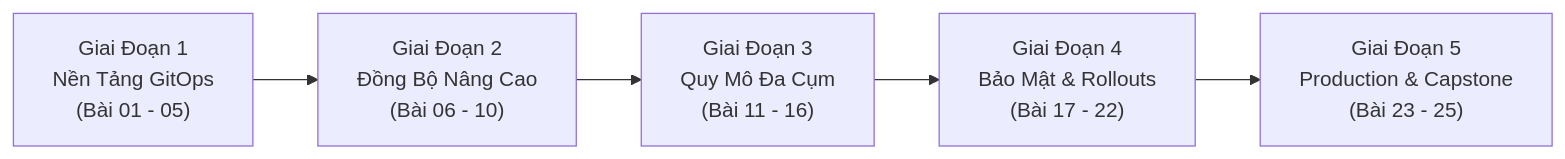
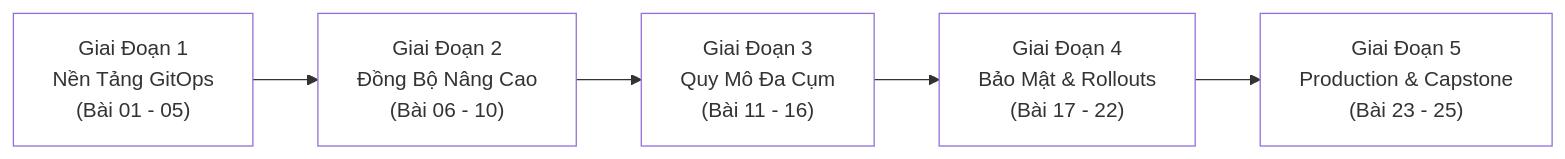
Before and after one commit to kiennt308/ntk: the second of 2 diagrams in _posts/2026-09-12-argocd-25-25-tong-hop-cau-hoi-phong-van-argo-cd-gitops-chuyen-sau-24-buoi.md, drawn with Mermaid. The commit also changed other lines of this file and 24 other files, not shown here.

````diff
--- a/_posts/2026-09-12-argocd-25-25-tong-hop-cau-hoi-phong-van-argo-cd-gitops-chuyen-sau-24-buoi.md
+++ b/_posts/2026-09-12-argocd-25-25-tong-hop-cau-hoi-phong-van-argo-cd-gitops-chuyen-sau-24-buoi.md
@@ -1154,12 +1549,16 @@
 ```mermaid
 flowchart LR
     G1["Giai Đoạn 1<br/>Nền Tảng GitOps<br/>(Bài 01 - 05)"]
     G2["Giai Đoạn 2<br/>Đồng Bộ Nâng Cao<br/>(Bài 06 - 10)"]
     G3["Giai Đoạn 3<br/>Quy Mô Đa Cụm<br/>(Bài 11 - 16)"]
     G4["Giai Đoạn 4<br/>Bảo Mật & Rollouts<br/>(Bài 17 - 22)"]
     G5["Giai Đoạn 5<br/>Production & Capstone<br/>(Bài 23 - 25)"]
 
     G1 --> G2 --> G3 --> G4 --> G5
 
-
+    style G1 fill:none
+    style G2 fill:none
+    style G3 fill:none
+    style G4 fill:none
+    style G5 fill:none
 ```
````
